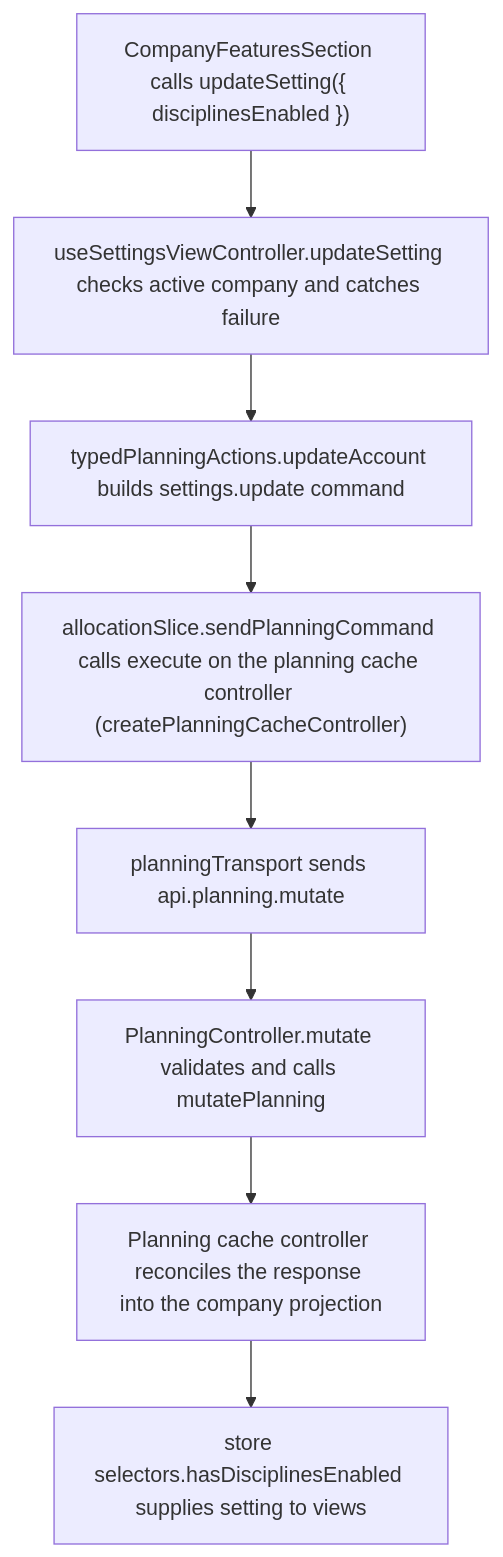
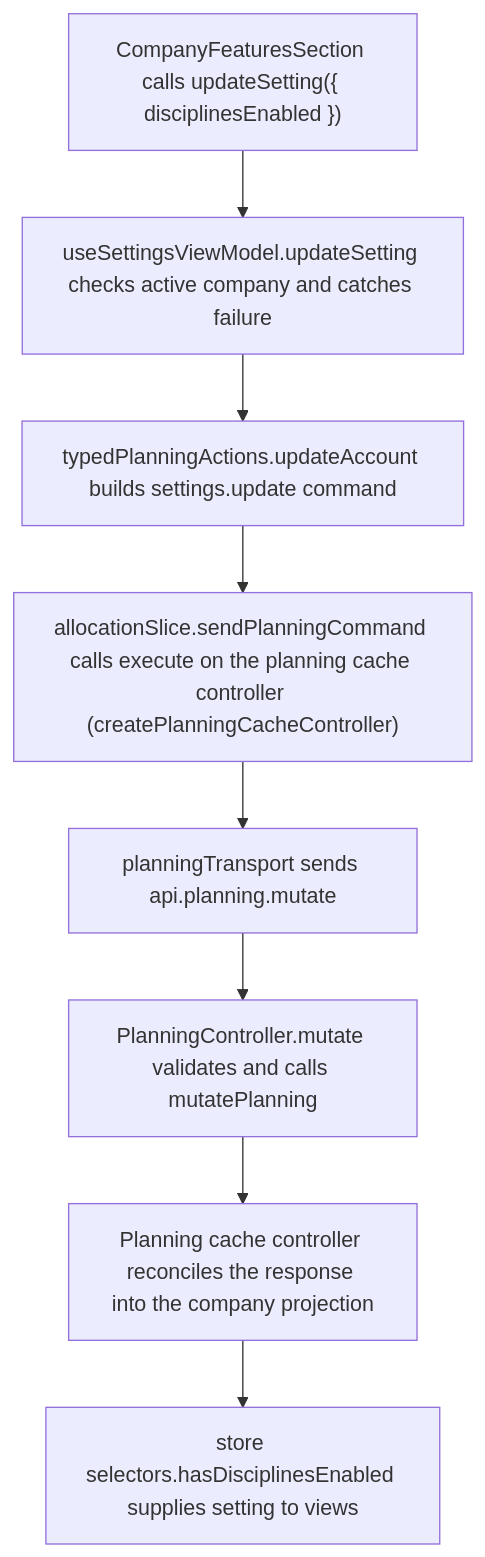
The second of 2 diagrams in user-stories/settings/US-SET-22-use-disciplines.md (Kevinjohn/capacitylens), drawn with Mermaid before and after one commit. The commit also changed other lines of this file and 33 other files, not shown here.

First line of the commit message:
Controller to view model: rename the screen hooks

````diff
--- a/user-stories/settings/US-SET-22-use-disciplines.md
+++ b/user-stories/settings/US-SET-22-use-disciplines.md
@@ -29,10 +29,10 @@
 ```mermaid
 flowchart TD
-  control["CompanyFeaturesSection calls updateSetting({ disciplinesEnabled })"] --> view["useSettingsViewController.updateSetting checks active company and catches failure"]
+  control["CompanyFeaturesSection calls updateSetting({ disciplinesEnabled })"] --> view["useSettingsViewModel.updateSetting checks active company and catches failure"]
   view --> action["typedPlanningActions.updateAccount builds settings.update command"]
   action --> execute["allocationSlice.sendPlanningCommand calls execute on the planning cache controller (createPlanningCacheController)"]
   execute --> transport["planningTransport sends api.planning.mutate"]
   transport --> route["PlanningController.mutate validates and calls mutatePlanning"]
   route --> reply["Planning cache controller reconciles the response into the company projection"]
   reply --> read["store selectors.hasDisciplinesEnabled supplies setting to views"]
 ```
````
